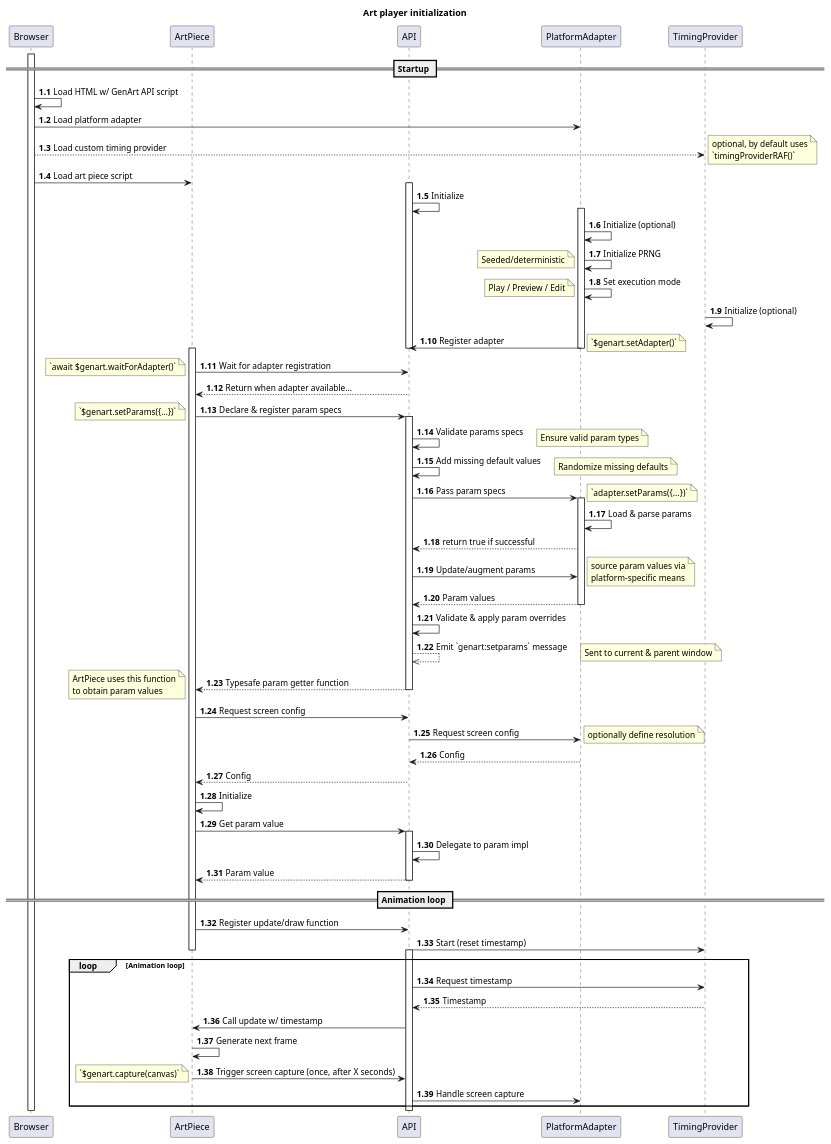
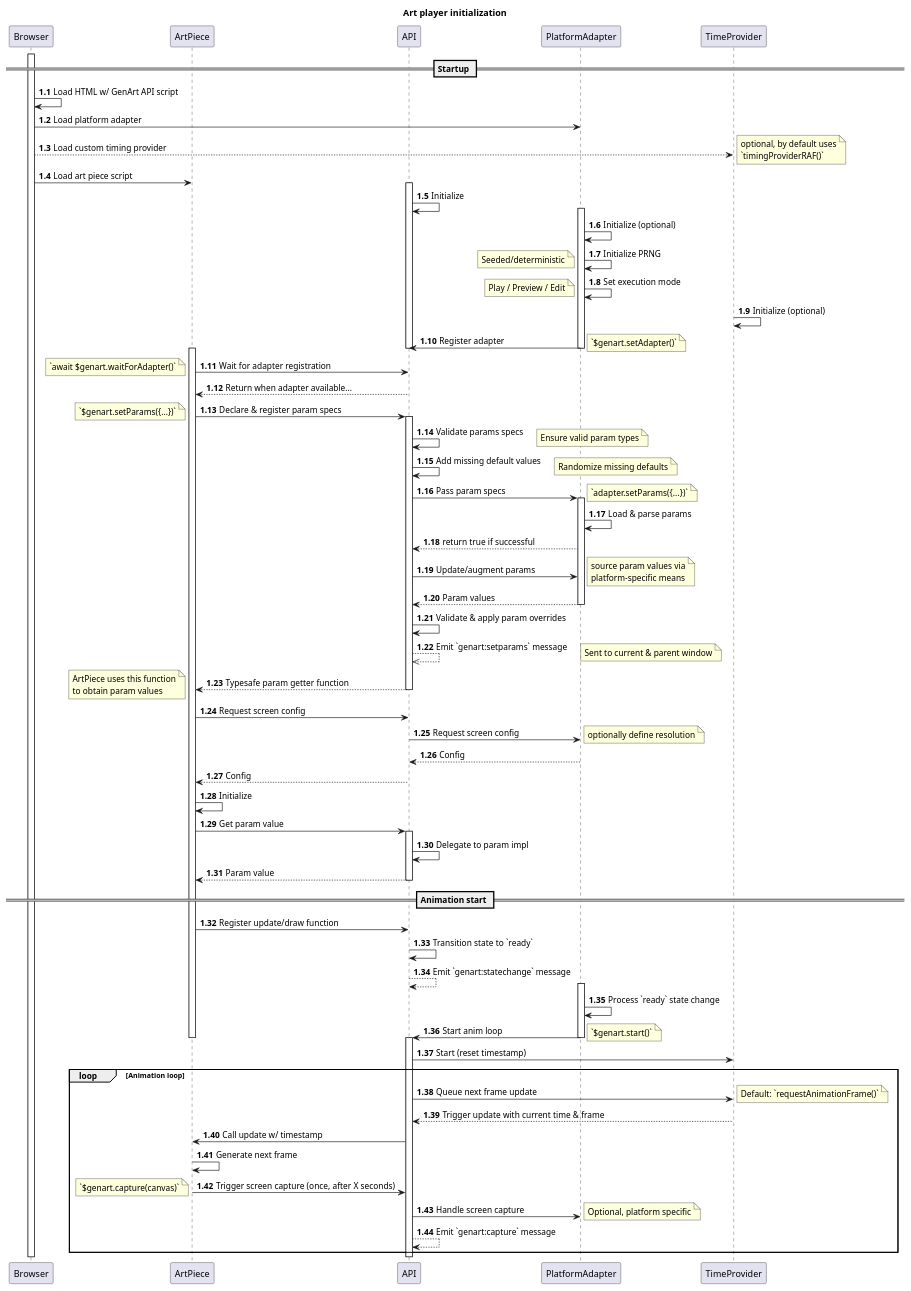
Before and after one commit to thi-ng/genart-api: the diagram in diagrams/lifecycle.puml, drawn with PlantUML. The commit also changed 1 other file, not shown here.

Commit message:
docs: update diagram

```diff
--- a/diagrams/lifecycle.puml
+++ b/diagrams/lifecycle.puml
@@ -1,102 +1,112 @@
 @startuml
 title Art player initialization
 autonumber 1.1
 skinparam pageMargin 10
 
 participant Browser
 participant ArtPiece
 participant API
 participant PlatformAdapter
-participant TimingProvider
+participant TimeProvider
 
 activate Browser
 	== Startup ==
 
 	Browser -> Browser : Load HTML w/ GenArt API script
 	Browser -> PlatformAdapter : Load platform adapter
-	Browser --> TimingProvider : Load custom timing provider
+	Browser --> TimeProvider : Load custom timing provider
 	note right
 		optional, by default uses
 		`timingProviderRAF()`
 	end note
 	Browser -> ArtPiece : Load art piece script
 	activate API
 		API -> API : Initialize
 		activate PlatformAdapter
 		PlatformAdapter -> PlatformAdapter : Initialize (optional)
 		PlatformAdapter -> PlatformAdapter : Initialize PRNG
 		note left : Seeded/deterministic
 		PlatformAdapter -> PlatformAdapter : Set execution mode
 		note left : Play / Preview / Edit
-		TimingProvider -> TimingProvider : Initialize (optional)
+		TimeProvider -> TimeProvider : Initialize (optional)
 		
 		PlatformAdapter -> API : Register adapter
 		note right : `$genart.setAdapter()`
 		deactivate PlatformAdapter
 	deactivate API
 
 	activate ArtPiece
 		ArtPiece -> API : Wait for adapter registration
 		note left : `await $genart.waitForAdapter()`
 		API --> ArtPiece : Return when adapter available...
 		ArtPiece -> API : Declare & register param specs
 		activate API
 			note left
 				`$genart.setParams({...})`
 			end note
 			API -> API : Validate params specs
 			note right : Ensure valid param types
 			API -> API : Add missing default values
 			note right: Randomize missing defaults
 			API -> PlatformAdapter : Pass param specs
 			note right : `adapter.setParams({...})`
 			activate PlatformAdapter
 				PlatformAdapter -> PlatformAdapter : Load & parse params
 				PlatformAdapter --> API : return true if successful
 				API -> PlatformAdapter : Update/augment params
 				note right
 					source param values via
 					platform-specific means
 				end note
 				PlatformAdapter --> API : Param values
 			deactivate PlatformAdapter
 
 			API -> API : Validate & apply param overrides
 			API -->> API : Emit `genart:setparams` message
 			note right : Sent to current & parent window
 			API --> ArtPiece : Typesafe param getter function
 			note left : ArtPiece uses this function\nto obtain param values
 		deactivate API
 
 		ArtPiece -> API : Request screen config
 		API -> PlatformAdapter : Request screen config
 		note right : optionally define resolution
 		PlatformAdapter --> API : Config
 		API --> ArtPiece : Config
 		ArtPiece -> ArtPiece : Initialize
 		ArtPiece -> API : Get param value
 		activate API
 			API -> API : Delegate to param impl
 			API --> ArtPiece : Param value
 		deactivate API
 
-		== Animation loop ==
+		== Animation start ==
 		ArtPiece ->	API : Register update/draw function
-		API -> TimingProvider : Start (reset timestamp)
+		API -> API : Transition state to `ready`
+		API --> API : Emit `genart:statechange` message
+		activate PlatformAdapter
+			PlatformAdapter -> PlatformAdapter : Process `ready` state change
+			PlatformAdapter -> API : Start anim loop
+			note right : `$genart.start()`
+		deactivate PlatformAdapter
 	deactivate ArtPiece
 
 	activate API
+		API -> TimeProvider : Start (reset timestamp)
 		loop Animation loop
-			API -> TimingProvider : Request timestamp
-			TimingProvider --> API : Timestamp
+			API -> TimeProvider : Queue next frame update
+			note right : Default: `requestAnimationFrame()`
+			TimeProvider --> API : Trigger update with current time & frame
 			API -> ArtPiece : Call update w/ timestamp
 			ArtPiece -> ArtPiece : Generate next frame
 			ArtPiece -> API : Trigger screen capture (once, after X seconds)
 			note left: `$genart.capture(canvas)`
 			API -> PlatformAdapter : Handle screen capture
+			note right : Optional, platform specific
+			API --> API : Emit `genart:capture` message
 		end
 	deactivate API
 
 deactivate Browser
 
 @enduml
```
